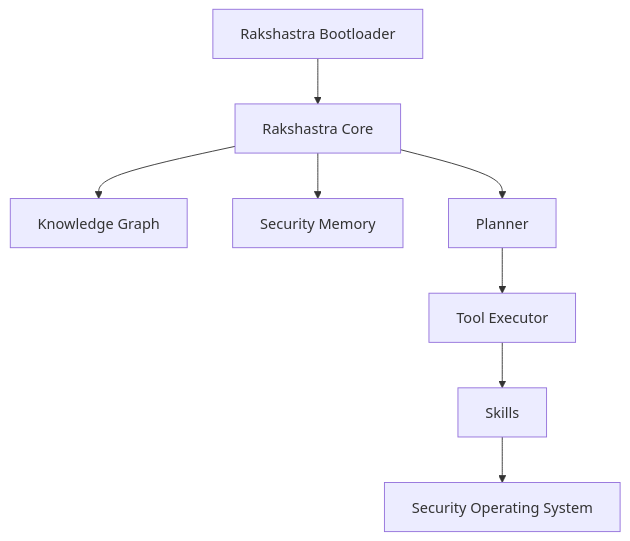
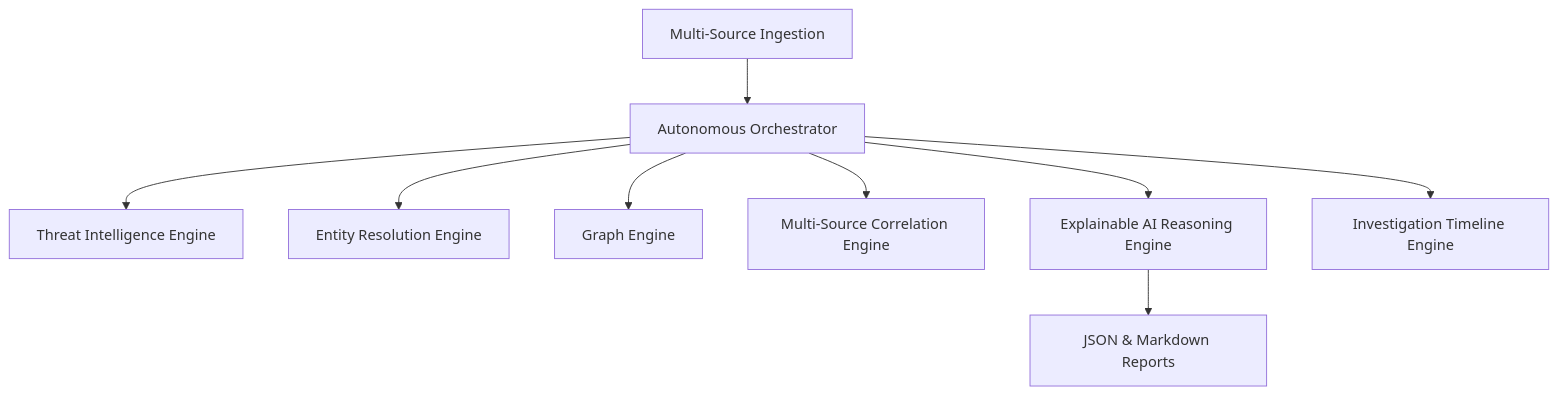
The diagram in README.md (vvgaditya-8123/Rakshastra), drawn with Mermaid before and after one commit. The commit also changed other lines of this file, not shown here.

````diff
--- a/README.md
+++ b/README.md
@@ -63,10 +39,11 @@
 ```mermaid
 graph TD
-    A[Rakshastra Bootloader] --> B[Rakshastra Core]
-    B --> C[Knowledge Graph]
-    B --> D[Security Memory]
-    B --> E[Planner]
-    E --> F[Tool Executor]
-    F --> G[Skills]
-    G --> H[Security Operating System]
+    A[Multi-Source Ingestion] --> B[Autonomous Orchestrator]
+    B --> C[Threat Intelligence Engine]
+    B --> D[Entity Resolution Engine]
+    B --> E[Graph Engine]
+    B --> F[Multi-Source Correlation Engine]
+    B --> G[Explainable AI Reasoning Engine]
+    B --> H[Investigation Timeline Engine]
+    G --> I[JSON & Markdown Reports]
 ```
````
